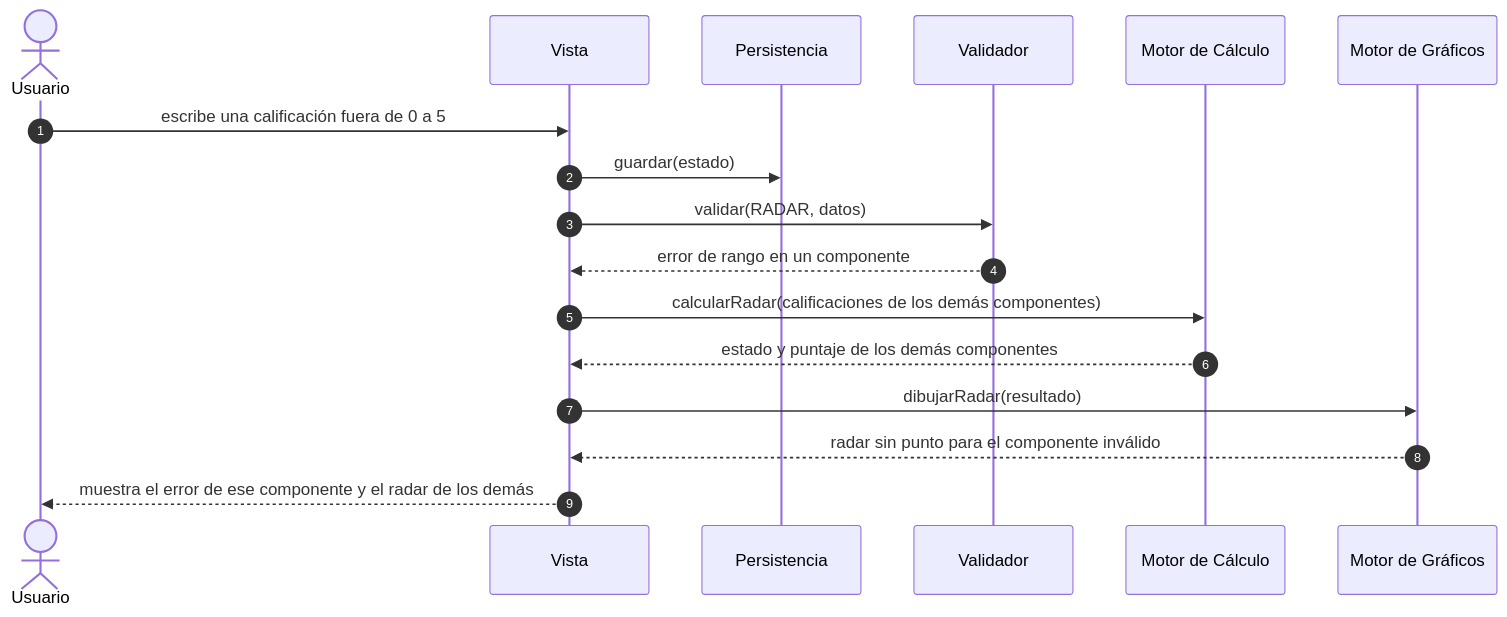
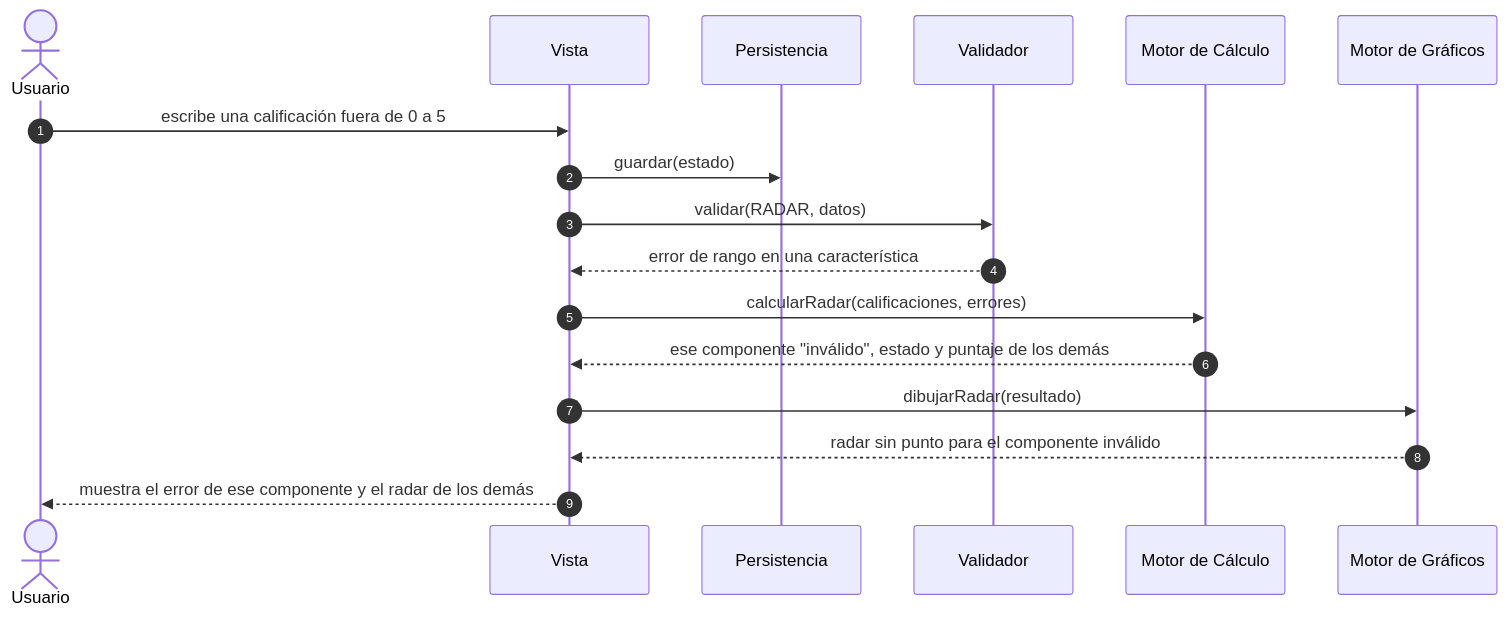
One commit to gerson-chumpitaz/mtx changed diagram 11 of 11 in VUP.md. Above: the diagram before and after it, drawn with Mermaid. The commit also changed other lines of this file, not shown here.

Commit message:
Sincronizar Elaboration II del Modulo 3 con el cambio de firma de calcularRadar (ahora recibe errores)

````diff
--- a/VUP.md
+++ b/VUP.md
@@ -2559,19 +2559,19 @@
 ```mermaid
 sequenceDiagram
     autonumber
     actor U as Usuario
     participant V as Vista
     participant P as Persistencia
     participant VA as Validador
     participant MC as Motor de Cálculo
     participant MG as Motor de Gráficos
     U->>V: escribe una calificación fuera de 0 a 5
     V->>P: guardar(estado)
     V->>VA: validar(RADAR, datos)
-    VA-->>V: error de rango en un componente
-    V->>MC: calcularRadar(calificaciones de los demás componentes)
-    MC-->>V: estado y puntaje de los demás componentes
+    VA-->>V: error de rango en una característica
+    V->>MC: calcularRadar(calificaciones, errores)
+    MC-->>V: ese componente "inválido", estado y puntaje de los demás
     V->>MG: dibujarRadar(resultado)
     MG-->>V: radar sin punto para el componente inválido
     V-->>U: muestra el error de ese componente y el radar de los demás
 ```
````
